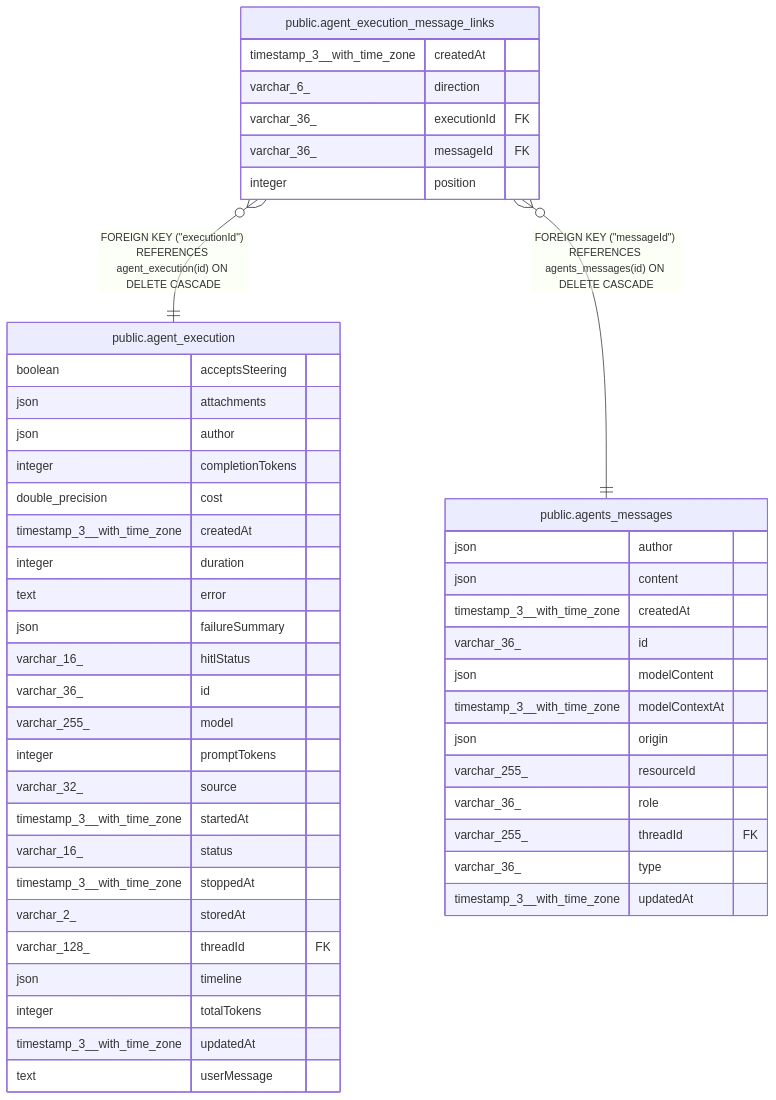
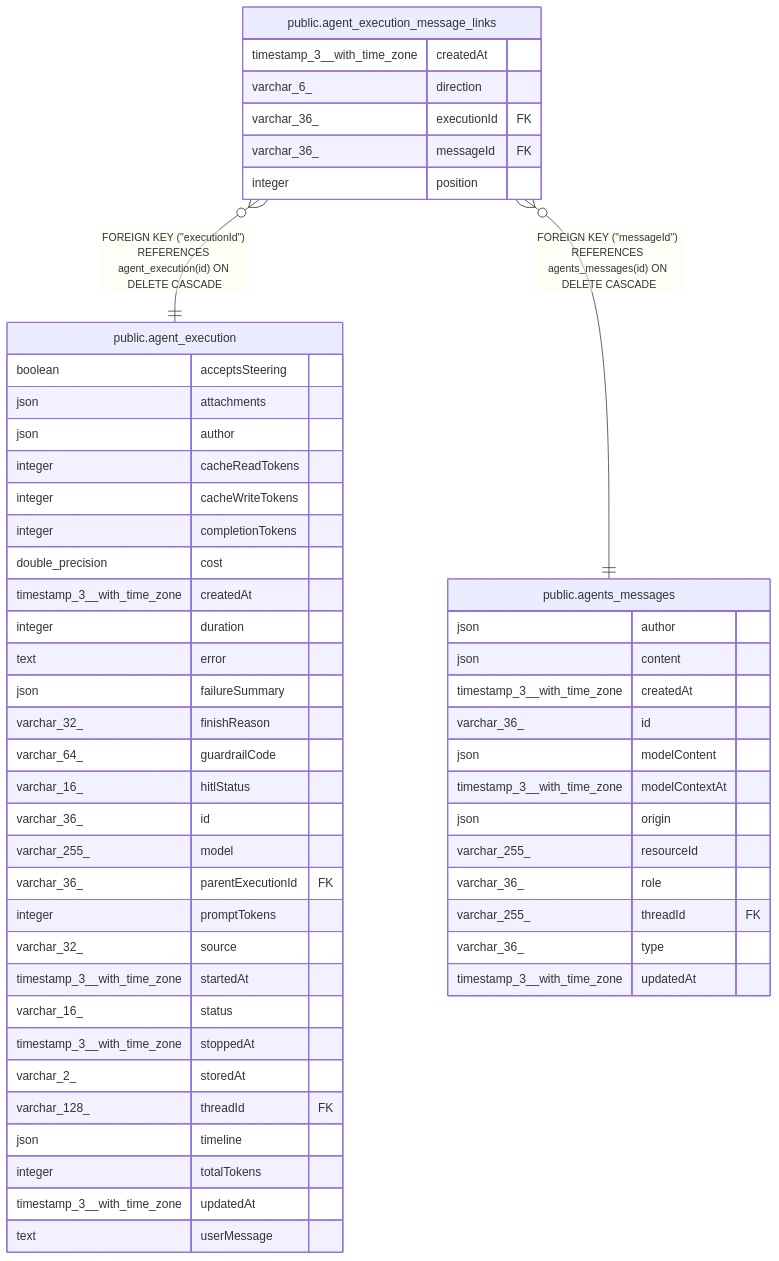
Before and after one commit to sreent/n8n: the diagram in docs/generated/postgres-schema/public.agent_execution_message_links.md, drawn with Mermaid. The commit also changed 7993 other files, not shown here.

````diff
--- a/docs/generated/postgres-schema/public.agent_execution_message_links.md
+++ b/docs/generated/postgres-schema/public.agent_execution_message_links.md
@@ -37,53 +37,58 @@
 ```mermaid
 erDiagram
 
 "public.agent_execution_message_links" }o--|| "public.agent_execution" : "FOREIGN KEY (#quot;executionId#quot;) REFERENCES agent_execution(id) ON DELETE CASCADE"
 "public.agent_execution_message_links" }o--|| "public.agents_messages" : "FOREIGN KEY (#quot;messageId#quot;) REFERENCES agents_messages(id) ON DELETE CASCADE"
 
 "public.agent_execution_message_links" {
   timestamp_3__with_time_zone createdAt
   varchar_6_ direction
   varchar_36_ executionId FK
   varchar_36_ messageId FK
   integer position
 }
 "public.agent_execution" {
   boolean acceptsSteering
   json attachments
   json author
+  integer cacheReadTokens
+  integer cacheWriteTokens
   integer completionTokens
   double_precision cost
   timestamp_3__with_time_zone createdAt
   integer duration
   text error
   json failureSummary
+  varchar_32_ finishReason
+  varchar_64_ guardrailCode
   varchar_16_ hitlStatus
   varchar_36_ id
   varchar_255_ model
+  varchar_36_ parentExecutionId FK
   integer promptTokens
   varchar_32_ source
   timestamp_3__with_time_zone startedAt
   varchar_16_ status
   timestamp_3__with_time_zone stoppedAt
   varchar_2_ storedAt
   varchar_128_ threadId FK
   json timeline
   integer totalTokens
   timestamp_3__with_time_zone updatedAt
   text userMessage
 }
 "public.agents_messages" {
   json author
   json content
   timestamp_3__with_time_zone createdAt
   varchar_36_ id
   json modelContent
   timestamp_3__with_time_zone modelContextAt
   json origin
   varchar_255_ resourceId
   varchar_36_ role
   varchar_255_ threadId FK
   varchar_36_ type
   timestamp_3__with_time_zone updatedAt
 }
 ```
````
